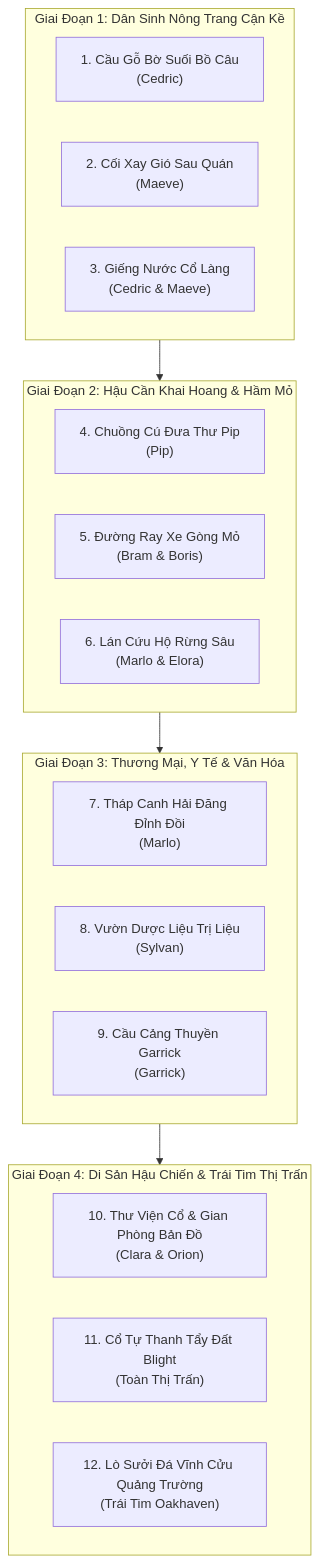
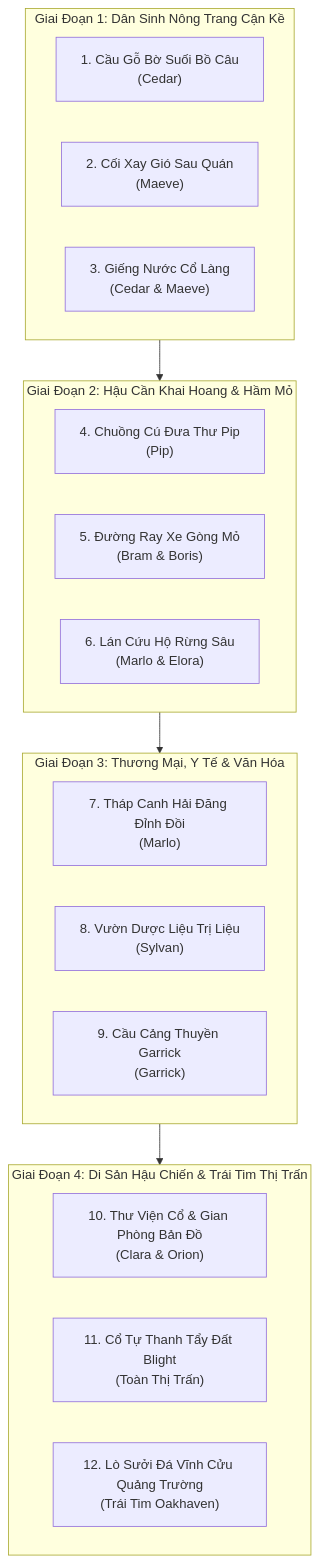
The diagram in docs/vi/town-restoration-guide.md (mquand/rowan-of-oakhaven-wiki), drawn with Mermaid before and after one commit. The commit also changed other lines of this file and 36 other files, not shown here.

````diff
--- a/docs/vi/town-restoration-guide.md
+++ b/docs/vi/town-restoration-guide.md
@@ -11,28 +11,28 @@
 ```mermaid
 flowchart TD
     subgraph G1["Giai Đoạn 1: Dân Sinh Nông Trang Cận Kề"]
-        P1["1. Cầu Gỗ Bờ Suối Bồ Câu<br/>(Cedric)"]
+        P1["1. Cầu Gỗ Bờ Suối Bồ Câu<br/>(Cedar)"]
         P2["2. Cối Xay Gió Sau Quán<br/>(Maeve)"]
-        P3["3. Giếng Nước Cổ Làng<br/>(Cedric & Maeve)"]
+        P3["3. Giếng Nước Cổ Làng<br/>(Cedar & Maeve)"]
     end
 
     subgraph G2["Giai Đoạn 2: Hậu Cần Khai Hoang & Hầm Mỏ"]
         P4["4. Chuồng Cú Đưa Thư Pip<br/>(Pip)"]
         P5["5. Đường Ray Xe Gòng Mỏ<br/>(Bram & Boris)"]
         P6["6. Lán Cứu Hộ Rừng Sâu<br/>(Marlo & Elora)"]
     end
 
     subgraph G3["Giai Đoạn 3: Thương Mại, Y Tế & Văn Hóa"]
         P7["7. Tháp Canh Hải Đăng Đỉnh Đồi<br/>(Marlo)"]
         P8["8. Vườn Dược Liệu Trị Liệu<br/>(Sylvan)"]
         P9["9. Cầu Cảng Thuyền Garrick<br/>(Garrick)"]
     end
 
     subgraph G4["Giai Đoạn 4: Di Sản Hậu Chiến & Trái Tim Thị Trấn"]
         P10["10. Thư Viện Cổ & Gian Phòng Bản Đồ<br/>(Clara & Orion)"]
         P11["11. Cổ Tự Thanh Tẩy Đất Blight<br/>(Toàn Thị Trấn)"]
         P12["12. Lò Sưởi Đá Vĩnh Cửu Quảng Trường<br/>(Trái Tim Oakhaven)"]
     end
 
     G1 --> G2 --> G3 --> G4
 ```
````
